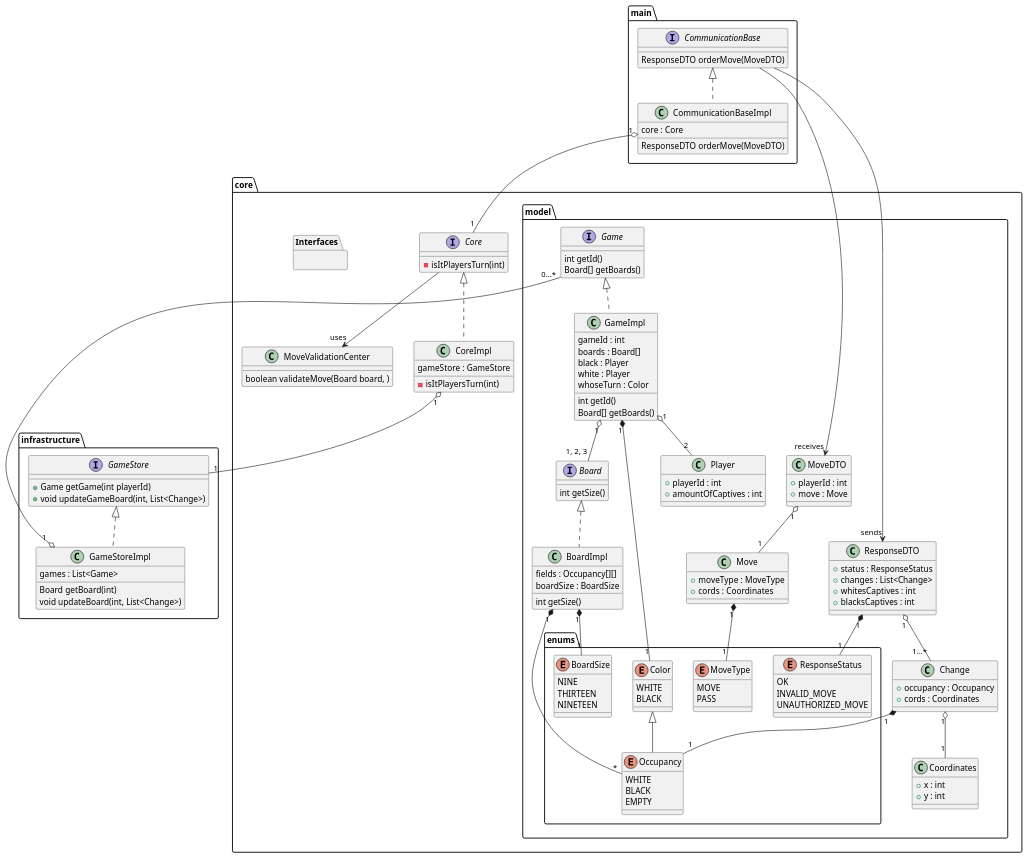
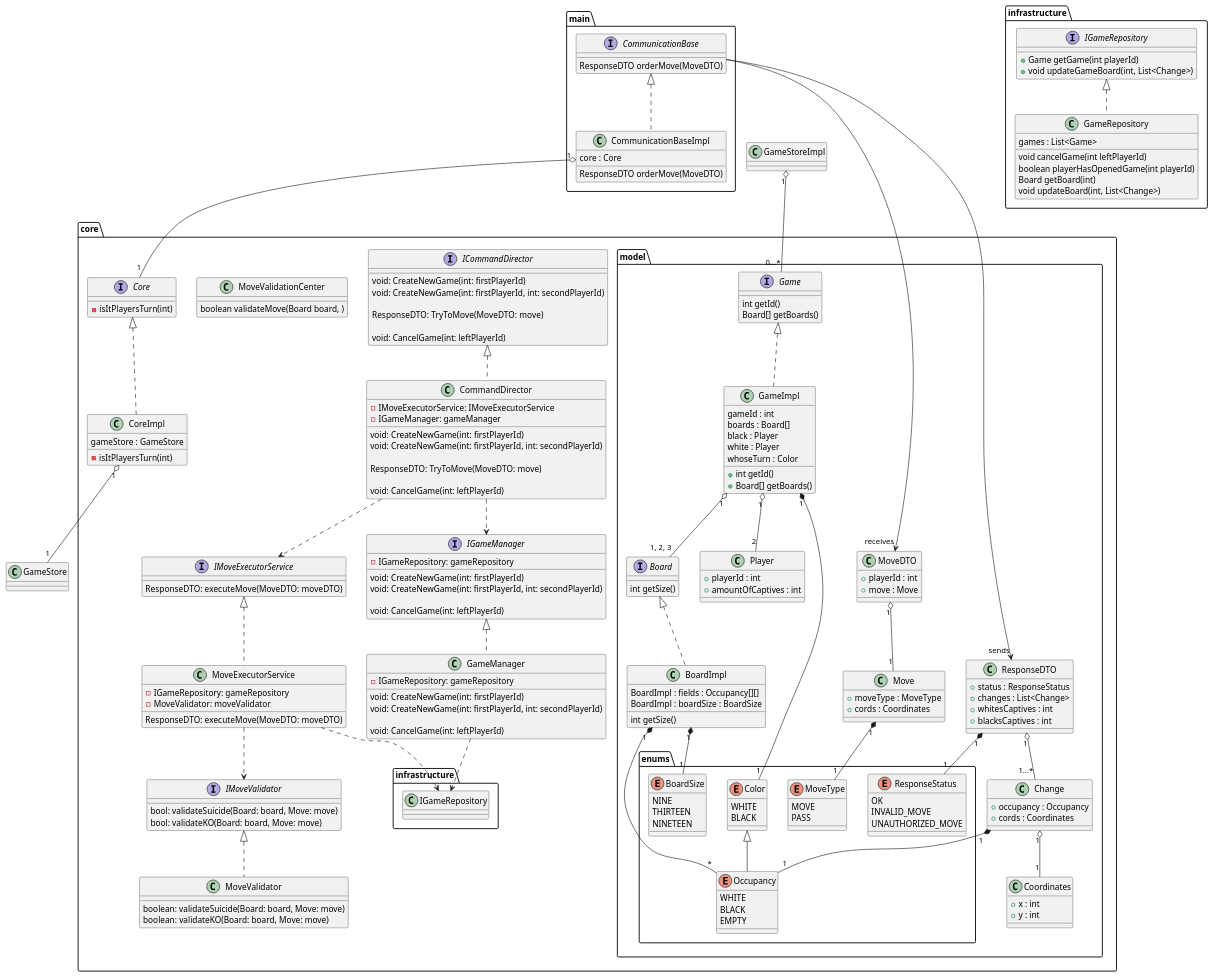
Before and after one commit to wolfthewizard/lets-go: the diagram in lets-go.server/classDiagram.plantuml, drawn with PlantUML.

Commit message:
panning provisional core

```diff
--- a/lets-go.server/classDiagram.plantuml
+++ b/lets-go.server/classDiagram.plantuml
@@ -47,38 +47,35 @@
             }
         }
 
+        interface Board{
 
+            int getSize()
+        }
+        class BoardImpl implements Board{
 
-        interface Board
-
-        Board : int getSize()
-
-
-        class BoardImpl implements Board
-
-        BoardImpl : fields : Occupancy[][]
-        BoardImpl : boardSize : BoardSize
+            BoardImpl : fields : Occupancy[][]
+            BoardImpl : boardSize : BoardSize
+        }
 
         BoardImpl : int getSize()
 
-        class GameImpl implements Game
+        class GameImpl implements Game{
+            gameId : int
+            boards : Board[]
+            black : Player
+            white : Player
+            whoseTurn : Color
 
-        GameImpl : gameId : int
-        GameImpl : boards : Board[]
-        GameImpl : black : Player
-        GameImpl : white : Player
-        GameImpl : whoseTurn : Color
+            +int getId()
+            +Board[] getBoards()
+        }
 
-        GameImpl : int getId()
-        GameImpl : Board[] getBoards()
+        interface Game{
 
-        interface Game
-
-        Game : int getId()
-        'this method returns array of 3 boards: current and 2 before it
-        Game : Board[] getBoards()
-
-
+            int getId()
+            'this method returns array of 3 boards: current and 2 before it
+            Board[] getBoards()
+        }
 
         class Coordinates{
             +x : int
@@ -112,11 +109,99 @@
             +occupancy : Occupancy
             +cords : Coordinates
         }
-    }
 
-    namespace Interfaces{
 
     }
+    core.model.MoveDTO "1" o-- "1" core.model.Move
+            core.model.Move "1" *-- "1" core.model.enums.MoveType
+            core.model.ResponseDTO "1" *-- "1" core.model.enums.ResponseStatus
+            core.model.ResponseDTO "1" o-- "1...*" core.model.Change
+            core.model.Change "1" *-- "1" core.model.enums.Occupancy
+            core.model.Change "1" o-- "1" core.model.Coordinates
+            core.model.GameImpl "1" o-- "1, 2, 3" core.model.Board
+            core.model.GameImpl "1" o-- "2" core.model.Player
+            core.model.GameImpl "1" *-- "1" core.model.enums.Color
+            core.model.BoardImpl "1" *-- "*" core.model.enums.Occupancy
+            core.model.BoardImpl "1" *-- "1" core.model.enums.BoardSize
+
+        interface ICommandDirector{
+            'pewnie cos innego niz void
+            ' do bota
+            void: CreateNewGame(int: firstPlayerId)
+            ', do multi
+            void: CreateNewGame(int: firstPlayerId, int: secondPlayerId)
+
+            ResponseDTO: TryToMove(MoveDTO: move)
+
+            void: CancelGame(int: leftPlayerId)
+        }
+
+        class CommandDirector implements ICommandDirector{
+            -IMoveExecutorService: IMoveExecutorService
+            -IGameManager: gameManager
+
+                    'pewnie cos innego niz void
+                    ' do bota
+            void: CreateNewGame(int: firstPlayerId)
+                    ', do multi
+            void: CreateNewGame(int: firstPlayerId, int: secondPlayerId)
+
+            ResponseDTO: TryToMove(MoveDTO: move)
+
+            void: CancelGame(int: leftPlayerId)
+        }
+        CommandDirector..>IMoveExecutorService
+        CommandDirector..>IGameManager
+
+        'ogarnie to czy gra instenieje ze player nie moze miec dwohc gier na raz
+        interface IGameManager{
+            -IGameRepository: gameRepository
+
+            void: CreateNewGame(int: firstPlayerId)
+                                ', do multi
+            void: CreateNewGame(int: firstPlayerId, int: secondPlayerId)
+
+            void: CancelGame(int: leftPlayerId)
+        }
+
+        class GameManager implements IGameManager{
+             -IGameRepository: gameRepository
+
+             void: CreateNewGame(int: firstPlayerId)
+                                        ', do multi
+             void: CreateNewGame(int: firstPlayerId, int: secondPlayerId)
+
+             void: CancelGame(int: leftPlayerId)
+        }
+        GameManager..>infrastructure.IGameRepository
+
+        interface IMoveExecutorService{
+            ResponseDTO: executeMove(MoveDTO: moveDTO)
+        }
+
+        class MoveExecutorService implements IMoveExecutorService{
+            -IGameRepository: gameRepository
+            -MoveValidator: moveValidator
+
+            ResponseDTO: executeMove(MoveDTO: moveDTO)
+        }
+        MoveExecutorService..>infrastructure.IGameRepository
+        MoveExecutorService..>IMoveValidator
+
+        ' moze zamiast dzielic na 2 metody podzielimy na dwie klasy wtedy dwie referencje w executorze, albo jeszcze jednak klasa ktora to razem sklada taka mini facada
+        interface IMoveValidator{
+            bool: validateSuicide(Board: board, Move: move)
+            bool: validateKO(Board: board, Move: move)
+            ' mb more
+        }
+
+        class MoveValidator implements IMoveValidator{
+             boolean: validateSuicide(Board: board, Move: move)
+             boolean: validateKO(Board: board, Move: move)
+            ' mb more
+        }
+
+
     'singleton class
     class MoveValidationCenter
 
@@ -138,14 +223,17 @@
 }
 
 namespace infrastructure{
-    interface GameStore{
+    interface IGameRepository{
         +Game getGame(int playerId)
         +void updateGameBoard(int, List<Change>)
     }
 
-    class GameStoreImpl implements GameStore{
+    'albo zapis do pliku albo musi byc singleton
+    class GameRepository implements IGameRepository{
         games : List<Game>
 
+        void cancelGame(int leftPlayerId)
+        boolean playerHasOpenedGame(int playerId)
         Board getBoard(int)
         void updateBoard(int, List<Change>)
     }
@@ -158,17 +246,7 @@
 CommunicationBaseImpl "1" o-- "1" Core
 CoreImpl "1" o-- "1" GameStore
 GameStoreImpl "1" o-- "0...*" Game
-GameImpl "1" o-- "1, 2, 3" Board
-GameImpl "1" o-- "2" Player
-GameImpl "1" *-- "1" Color
-BoardImpl "1" *-- "*" Occupancy
-BoardImpl "1" *-- "1" BoardSize
-Change "1" *-- "1" Occupancy
-Change "1" o-- "1" Coordinates
-Core --> "uses" MoveValidationCenter
-MoveDTO "1" o-- "1" Move
-Move "1" *-- "1" MoveType
-ResponseDTO "1" *-- "1" ResponseStatus
-ResponseDTO "1" o-- "1...*" Change
+
+
 
 @enduml
```
